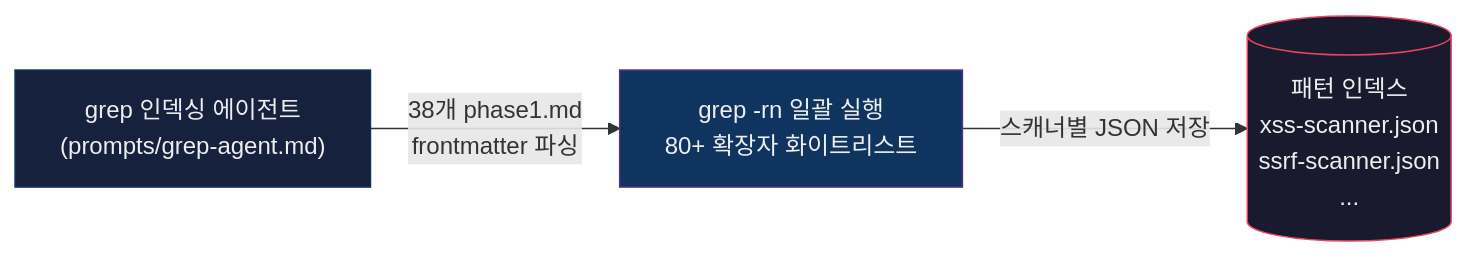
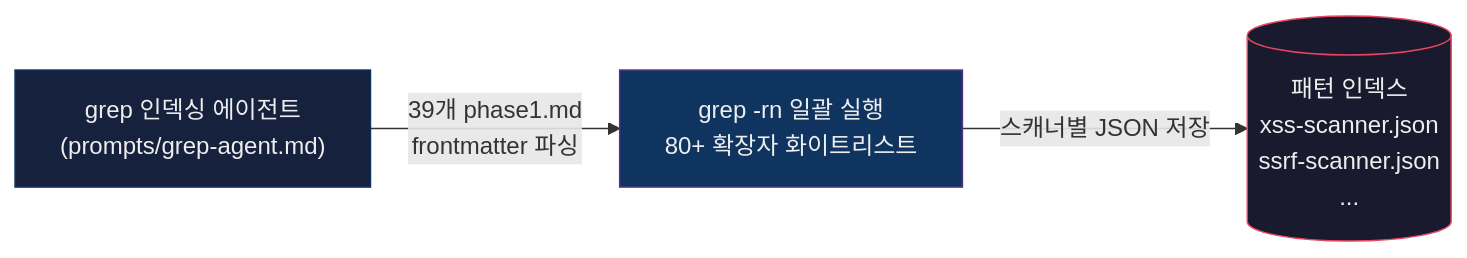
The second of 5 diagrams in README.md (nomarlhack/noah-sast), drawn with Mermaid before and after one commit. The commit also changed other lines of this file and 7 other files, not shown here.

````diff
--- a/README.md
+++ b/README.md
@@ -86,10 +86,10 @@
 ```mermaid
 flowchart LR
     Agent["grep 인덱싱 에이전트\n(prompts/grep-agent.md)"]
-    Agent -->|"38개 phase1.md\nfrontmatter 파싱"| Grep["grep -rn 일괄 실행\n80+ 확장자 화이트리스트"]
+    Agent -->|"39개 phase1.md\nfrontmatter 파싱"| Grep["grep -rn 일괄 실행\n80+ 확장자 화이트리스트"]
     Grep -->|스캐너별 JSON 저장| Dir[("패턴 인덱스\nxss-scanner.json\nssrf-scanner.json\n...")]
 
     style Agent fill:#16213e,stroke:#0f3460,color:#eee
     style Grep fill:#0f3460,stroke:#533483,color:#eee
     style Dir fill:#1a1a2e,stroke:#e94560,color:#eee
 ```
````
